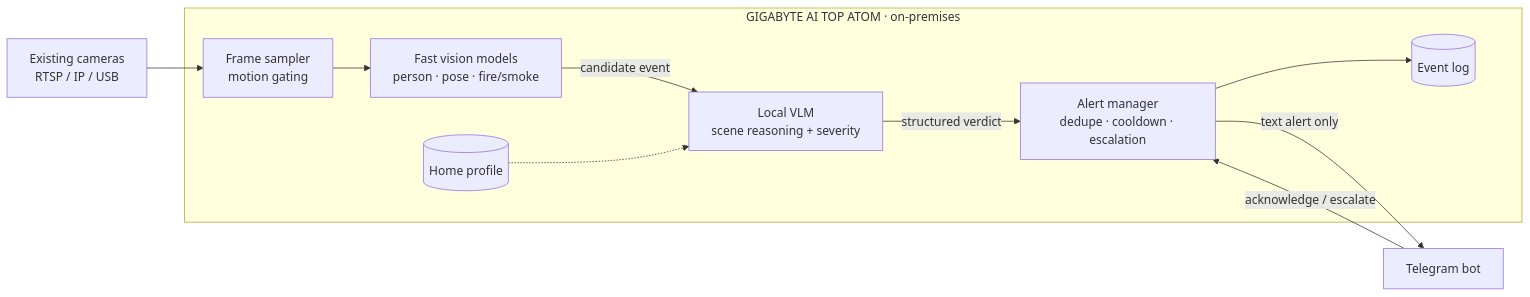
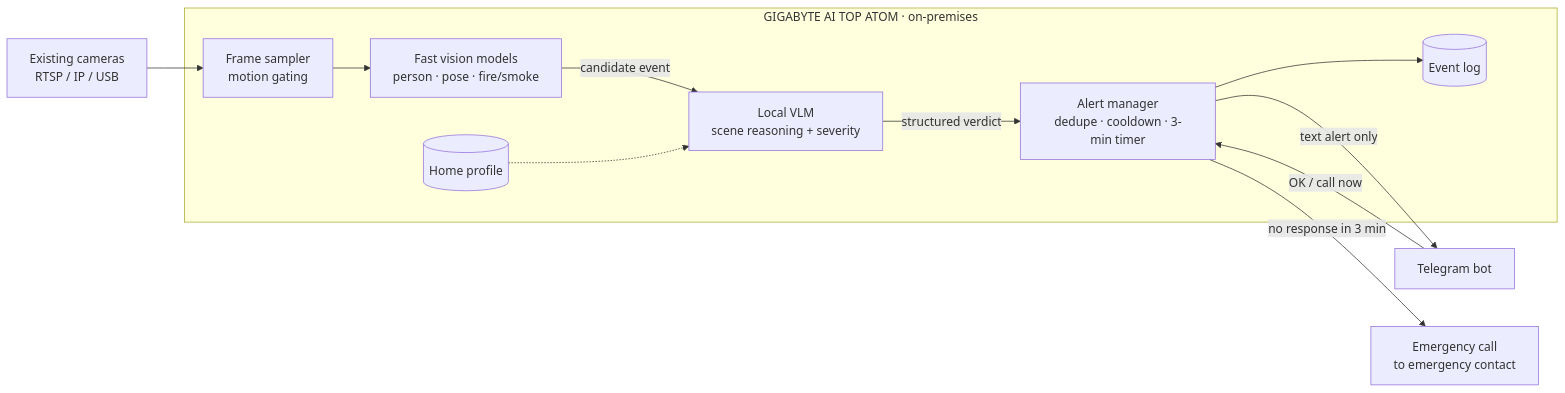
One commit to derek2403/sentry changed the second of 2 diagrams in README.md. Above: the diagram before and after it, drawn with Mermaid. The commit also changed other lines of this file, not shown here.

Commit message:
docs: update README to document automatic emergency calling feature and configuration

````diff
--- a/README.md
+++ b/README.md
@@ -52,15 +71,16 @@
 ```mermaid
 flowchart LR
     CAM["Existing cameras<br/>RTSP / IP / USB"] --> SAMPLE
 
     subgraph ATOM["GIGABYTE AI TOP ATOM · on-premises"]
         SAMPLE["Frame sampler<br/>motion gating"] --> FAST["Fast vision models<br/>person · pose · fire/smoke"]
         FAST -->|candidate event| VLM["Local VLM<br/>scene reasoning + severity"]
         CTX[("Home profile")] -.-> VLM
-        VLM -->|structured verdict| MGR["Alert manager<br/>dedupe · cooldown · escalation"]
+        VLM -->|structured verdict| MGR["Alert manager<br/>dedupe · cooldown · 3-min timer"]
         MGR --> LOG[("Event log")]
     end
 
     MGR -->|text alert only| TG["Telegram bot"]
-    TG -->|acknowledge / escalate| MGR
+    TG -->|OK / call now| MGR
+    MGR -->|no response in 3 min| CALL["Emergency call<br/>to emergency contact"]
 ```
````
